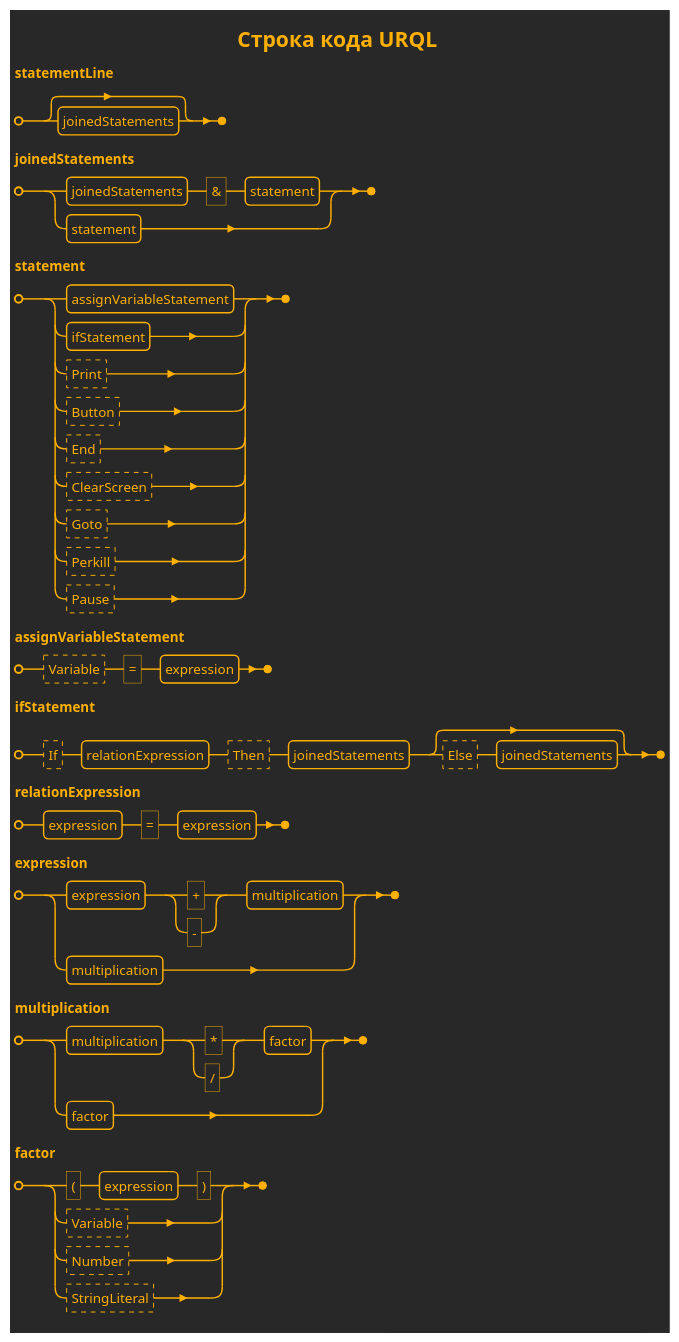
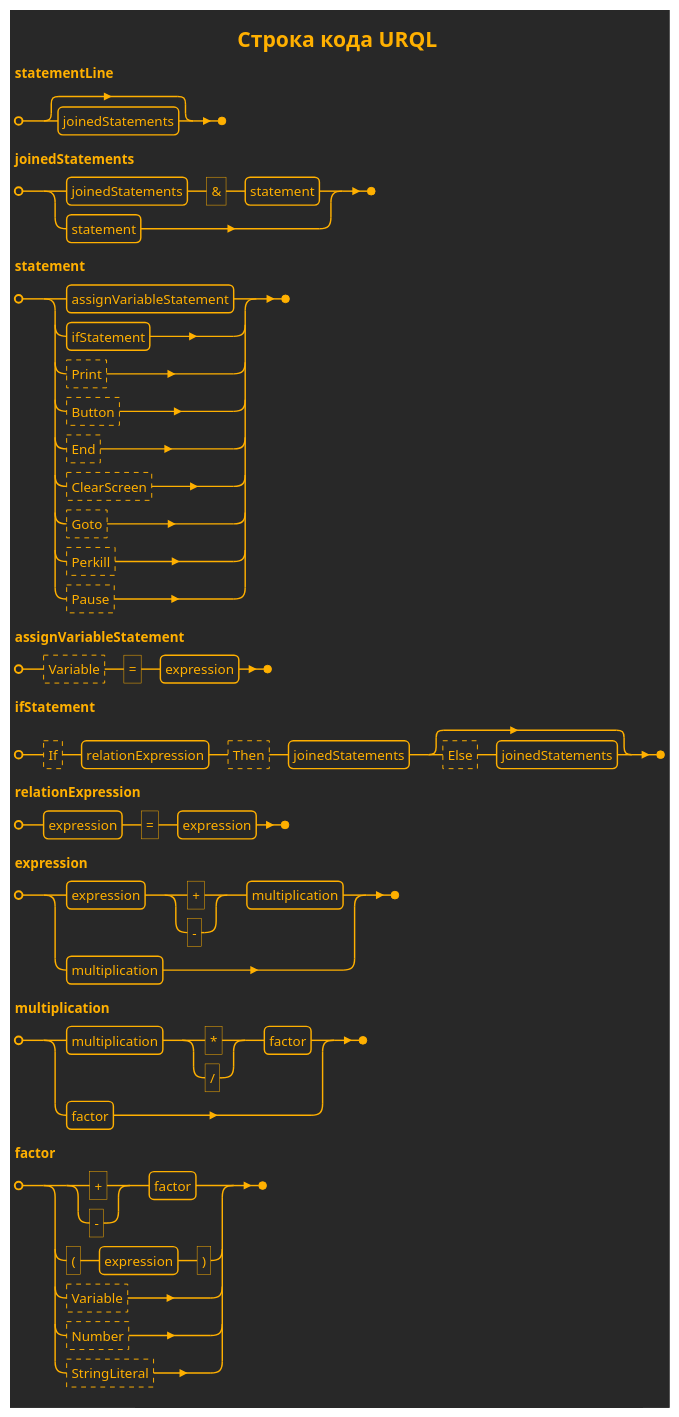
The first of 10 diagrams in Domain/MURQ.Domain/URQL/docs/URQL Lines Syntax.md (realsonic/MURQ), drawn with PlantUML before and after one commit. The commit also changed 4 other files, not shown here.

````diff
--- a/Domain/MURQ.Domain/URQL/docs/URQL Lines Syntax.md
+++ b/Domain/MURQ.Domain/URQL/docs/URQL Lines Syntax.md
@@ -2,41 +2,46 @@
 ```plantuml
 @startebnf URQL Line
 !theme crt-amber
 ' skinparam monochrome reverse
 
 title Строка кода URQL
 
 statementLine = [ joinedStatements ];
 
 joinedStatements = 
       joinedStatements, '&', statement
     | statement;
 
 statement =
     assignVariableStatement
   | ifStatement
   | ?Print?
   | ?Button?
   | ?End?
   | ?ClearScreen?
   | ?Goto?
   | ?Perkill?
   | ?Pause?;
 
 assignVariableStatement = ?Variable?,  '=', expression;
 
 ifStatement = ?If?, relationExpression, ?Then?, joinedStatements, [ ?Else?, joinedStatements ];
 
 relationExpression = expression, '=', expression;
 
 expression =
     expression, ('+' | '-'), multiplication
   | multiplication;
 
 multiplication =
     multiplication, ('*' | "/"), factor
   | factor;
 
-factor = '(', expression, ')' | ?Variable? | ?Number? | ?StringLiteral?;
+factor =
+    ('+' | '-'), factor
+  | '(', expression, ')'
+  | ?Variable?
+  | ?Number?
+  | ?StringLiteral?;
 @endebnf
 ```
````
